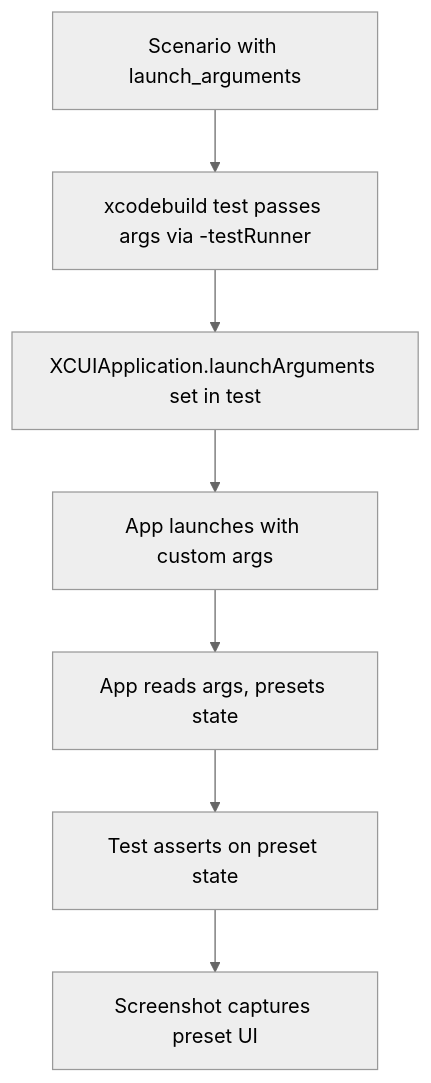
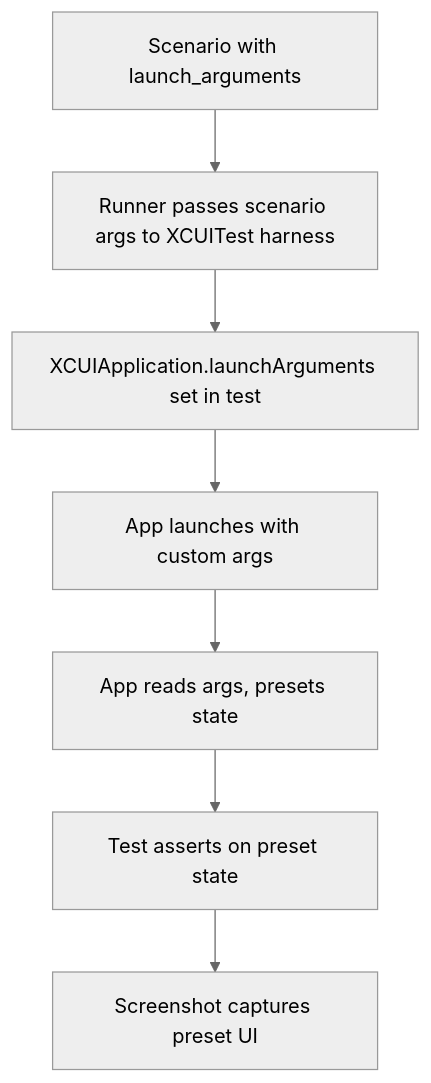
One commit to julien-m/livespec changed the third of 4 diagrams in .specs/features/030-ui-runner-ios-watchos/spec.md. Above: the diagram before and after it, drawn with Mermaid (neutral theme). The commit also changed other lines of this file and 17 other files, not shown here.

````diff
--- a/.specs/features/030-ui-runner-ios-watchos/spec.md
+++ b/.specs/features/030-ui-runner-ios-watchos/spec.md
@@ -132,9 +140,9 @@
 ```mermaid
 flowchart TD
-    A[Scenario with launch_arguments] --> B[xcodebuild test passes args via -testRunner]
+    A[Scenario with launch_arguments] --> B[Runner passes scenario args to XCUITest harness]
     B --> C[XCUIApplication.launchArguments set in test]
     C --> D[App launches with custom args]
     D --> E[App reads args, presets state]
     E --> F[Test asserts on preset state]
     F --> G[Screenshot captures preset UI]
 ```
````
